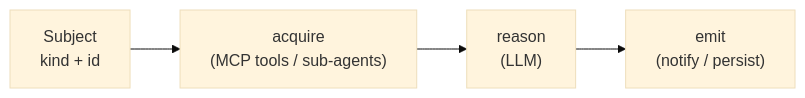
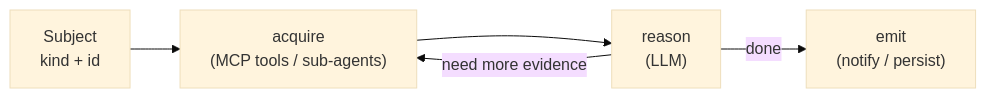
One commit to tmaeno/bamboo changed the diagram in website/src/content/docs/architecture/extending.md. Above: the diagram before and after it, drawn with Mermaid (base theme). The commit also changed other lines of this file and 1 other file, not shown here.

````diff
--- a/website/src/content/docs/architecture/extending.md
+++ b/website/src/content/docs/architecture/extending.md
@@ -19,6 +19,7 @@
 ```mermaid
 flowchart LR
     S[Subject<br/>kind + id] --> A["acquire<br/>(MCP tools / sub-agents)"]
     A --> R["reason<br/>(LLM)"]
-    R --> E["emit<br/>(notify / persist)"]
+    R -->|need more evidence| A
+    R -->|done| E["emit<br/>(notify / persist)"]
 ```
````
